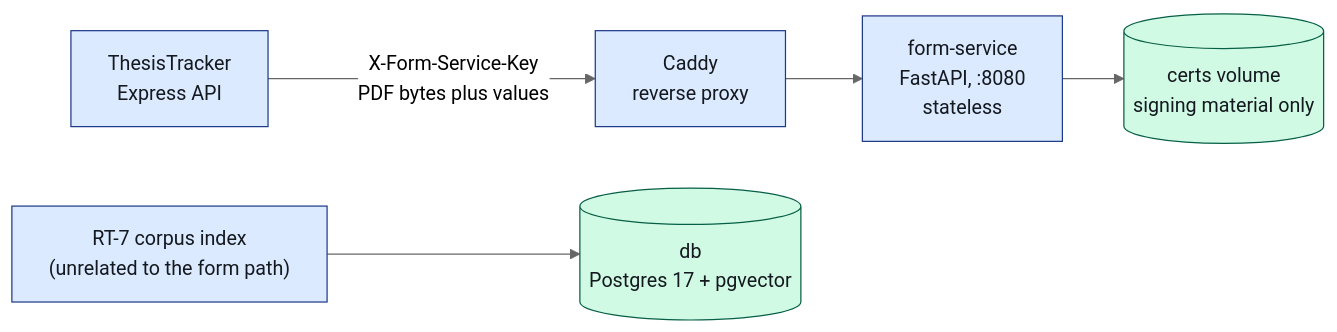
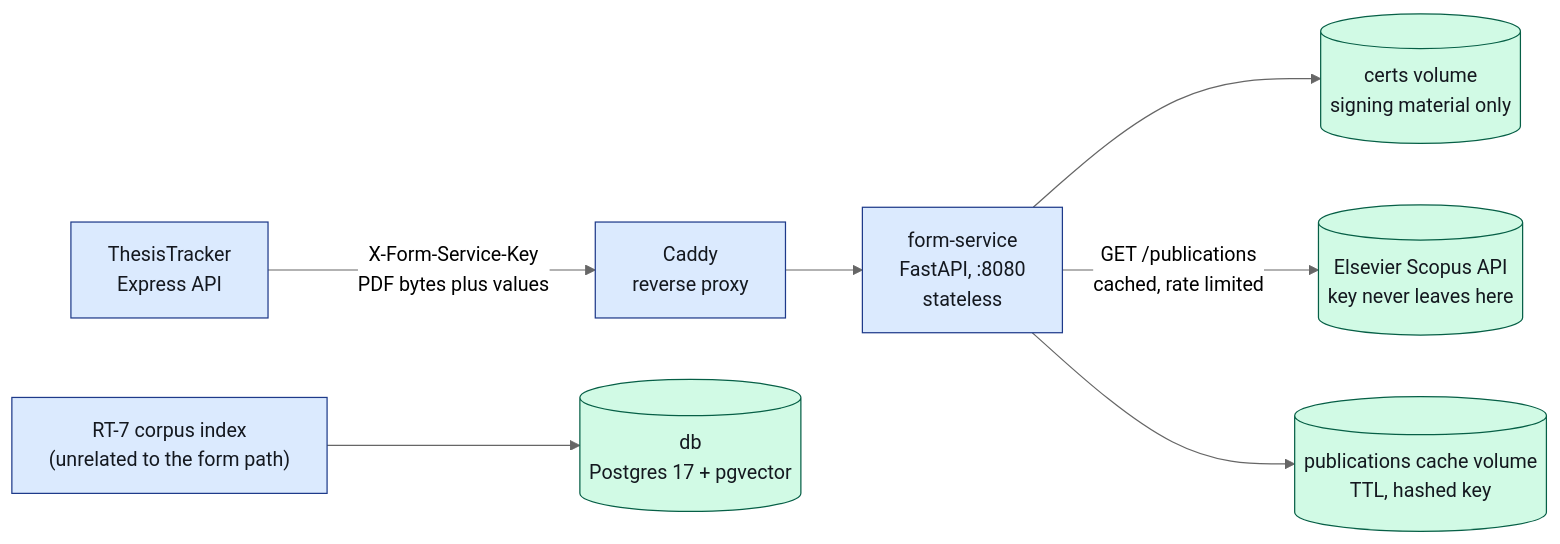
The eighth of 8 diagrams in Architecture.md (LARi-UQAC/ResearchTools), drawn with Mermaid (neutral theme) before and after one commit. The commit also changed other lines of this file and 2 other files, not shown here.

First line of the commit message:
docs(scopus): record RT-6 in the inventories

````diff
--- a/Architecture.md
+++ b/Architecture.md
@@ -631,12 +636,14 @@
 ```mermaid
 flowchart LR
   TT["ThesisTracker<br/>Express API"] -->|"X-Form-Service-Key<br/>PDF bytes plus values"| CADDY["Caddy<br/>reverse proxy"]
   CADDY --> FS["form-service<br/>FastAPI, :8080<br/>stateless"]
   FS --> CERT[("certs volume<br/>signing material only")]
+  FS -->|"GET /publications<br/>cached, rate limited"| SCOPUS[("Elsevier Scopus API<br/>key never leaves here")]
+  FS --> PUBCACHE[("publications cache volume<br/>TTL, hashed key")]
   RT7["RT-7 corpus index<br/>(unrelated to the form path)"] --> DB[("db<br/>Postgres 17 + pgvector")]
 
   classDef svc fill:#DBEAFE,stroke:#1E3A8A,color:#14181F
   classDef store fill:#D1FAE5,stroke:#065F46,color:#14181F
   class TT,CADDY,FS,RT7 svc
-  class CERT,DB store
+  class CERT,DB,SCOPUS,PUBCACHE store
 ```
````
